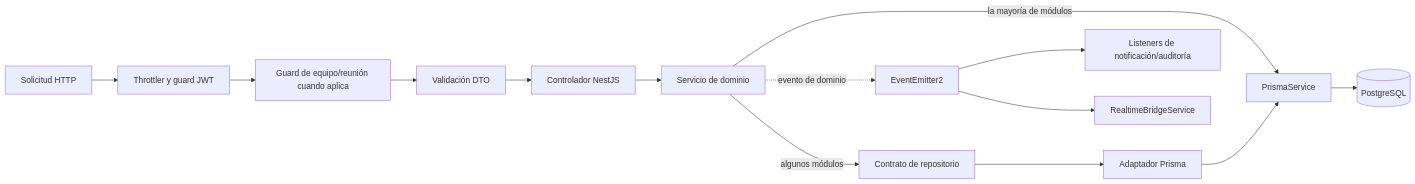
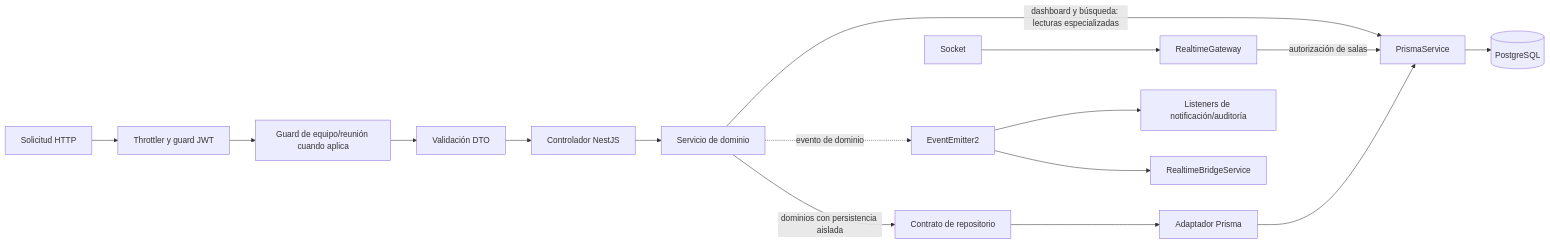
One commit to Walthergl66/meeting-management-system changed the diagram in docs/architecture.md. Above: the diagram before and after it, drawn with Mermaid. The commit also changed other lines of this file and 2 other files, not shown here.

````diff
--- a/docs/architecture.md
+++ b/docs/architecture.md
@@ -25,16 +25,18 @@
 ```mermaid
 flowchart LR
   HTTP[Solicitud HTTP] --> G[Throttler y guard JWT]
   G --> AG[Guard de equipo/reunión cuando aplica]
   AG --> V[Validación DTO]
   V --> C[Controlador NestJS]
   C --> S[Servicio de dominio]
-  S -->|la mayoría de módulos| P[PrismaService]
-  S -->|algunos módulos| R[Contrato de repositorio]
+  S -->|dashboard y búsqueda: lecturas especializadas| P[PrismaService]
+  S -->|dominios con persistencia aislada| R[Contrato de repositorio]
+  Socket --> GW[RealtimeGateway]
+  GW -->|autorización de salas| P
   R --> A[Adaptador Prisma]
   A --> P
   P --> DB[(PostgreSQL)]
   S -. evento de dominio .-> E[EventEmitter2]
   E --> L[Listeners de notificación/auditoría]
   E --> RT[RealtimeBridgeService]
 ```
````
